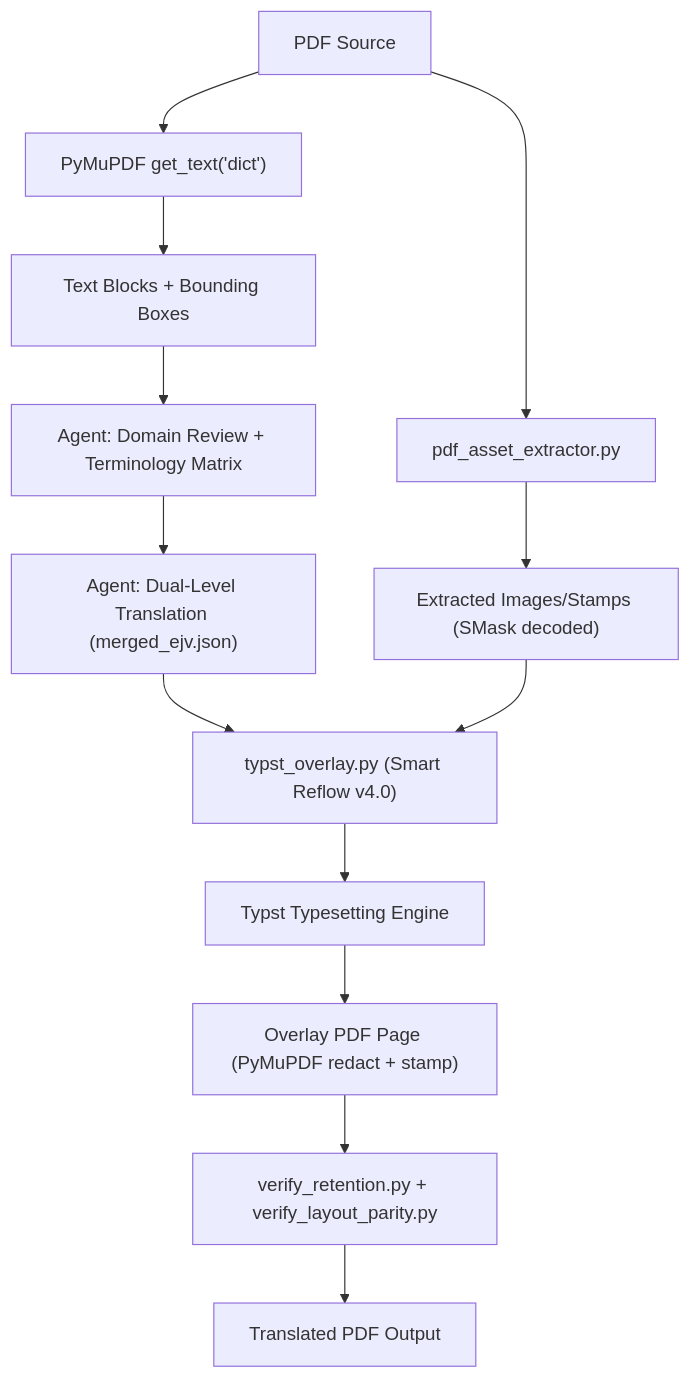
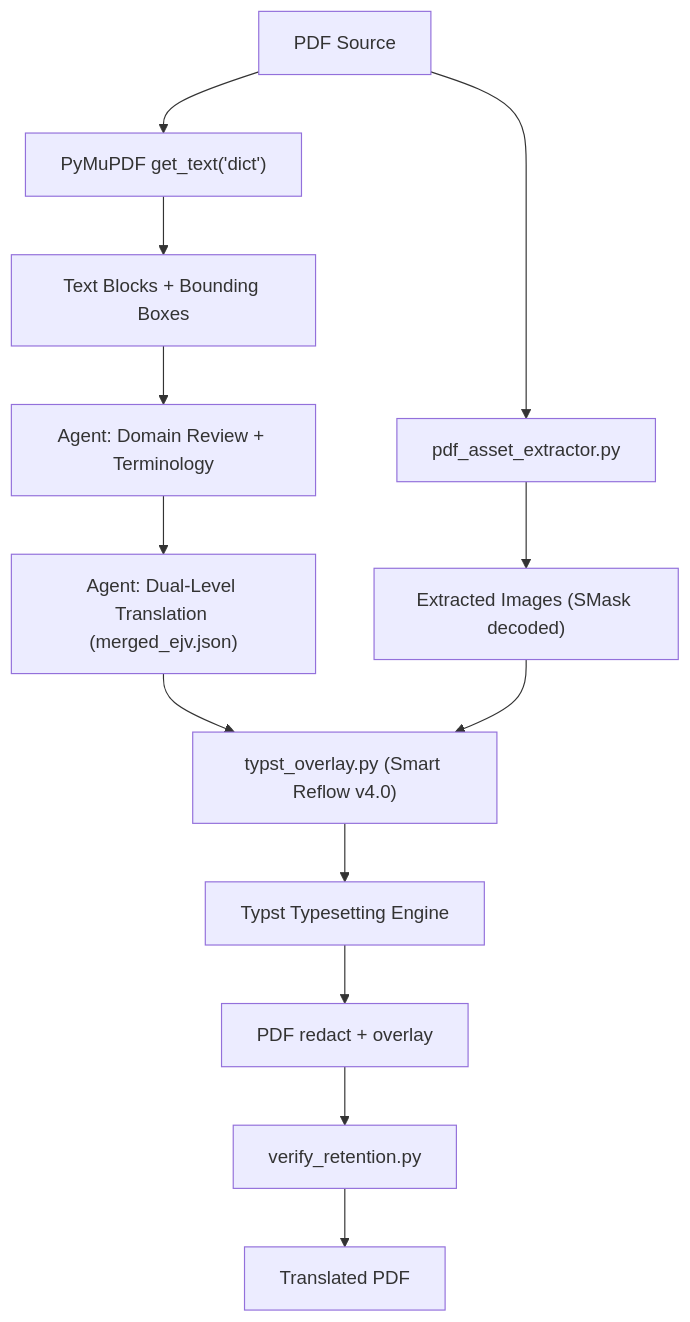
Before and after one commit to bangluutru/ai-workforce: the diagram in docs/skill-quality/TRANSLATION_FORMAT_BASELINE.md, drawn with Mermaid. The commit also changed other lines of this file, not shown here.

First line of the commit message:
audit(dich-giu-dinh-dang): Baseline Completion — real Agent results

````diff
--- a/docs/skill-quality/TRANSLATION_FORMAT_BASELINE.md
+++ b/docs/skill-quality/TRANSLATION_FORMAT_BASELINE.md
@@ -14,15 +28,15 @@
 ```mermaid
 graph TD
     A["PDF Source"] --> B["pdf_asset_extractor.py"]
-    B --> C["Extracted Images/Stamps (SMask decoded)"]
+    B --> C["Extracted Images (SMask decoded)"]
     A --> D["PyMuPDF get_text('dict')"]
     D --> E["Text Blocks + Bounding Boxes"]
-    E --> F["Agent: Domain Review + Terminology Matrix"]
+    E --> F["Agent: Domain Review + Terminology"]
     F --> G["Agent: Dual-Level Translation (merged_ejv.json)"]
     G --> H["typst_overlay.py (Smart Reflow v4.0)"]
     C --> H
     H --> I["Typst Typesetting Engine"]
-    I --> J["Overlay PDF Page (PyMuPDF redact + stamp)"]
-    J --> K["verify_retention.py + verify_layout_parity.py"]
-    K --> L["Translated PDF Output"]
+    I --> J["PDF redact + overlay"]
+    J --> K["verify_retention.py"]
+    K --> L["Translated PDF"]
 ```
````
